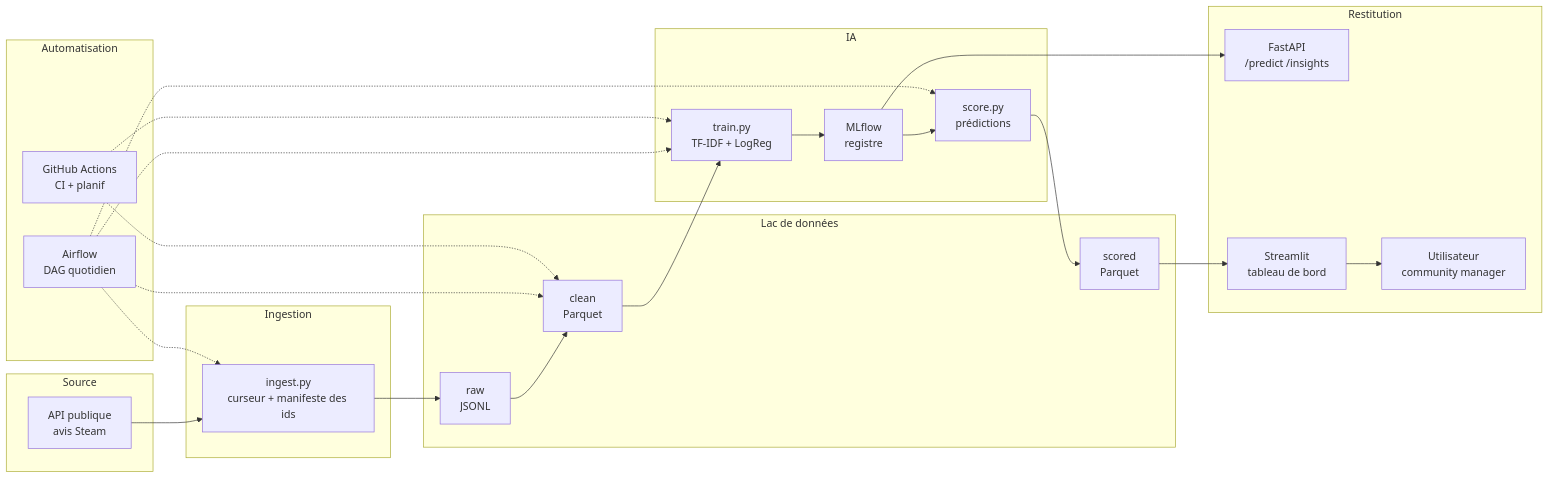
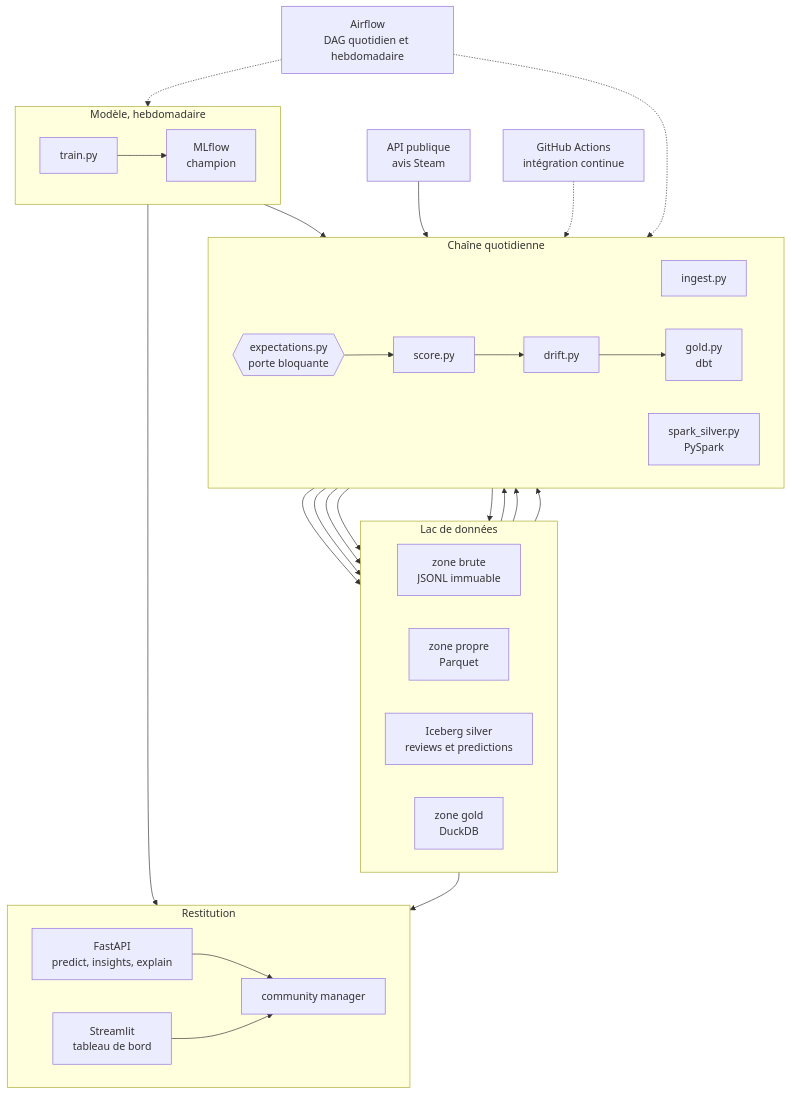
One commit to KinSushi/reviewpulse-pipeline changed the diagram in docs/diagrams/src/01_architecture_globale.mmd. Above: the diagram before and after it, drawn with Mermaid. The commit also changed 17 other files, not shown here.

First line of the commit message:
Schemas remis a niveau et rendu mecanise

```diff
--- a/docs/diagrams/src/01_architecture_globale.mmd
+++ b/docs/diagrams/src/01_architecture_globale.mmd
@@ -1,39 +1,51 @@
-%% diagramme ReviewPulse vue d'ensemble
-flowchart LR
-  subgraph SRC[Source]
-    S[API publique<br/>avis Steam]
-  end
-  subgraph ING[Ingestion]
-    I[ingest.py<br/>curseur + manifeste des ids]
-  end
-  subgraph LAKE[Lac de données]
-    R[raw<br/>JSONL]
-    C[clean<br/>Parquet]
-    SCZ[scored<br/>Parquet]
-  end
-  subgraph IA[IA]
-    M[train.py<br/>TF-IDF + LogReg]
-    MF[MLflow<br/>registre]
-    SC["score.py<br/>prédictions"]
-  end
-  subgraph REST[Restitution]
-    API["FastAPI<br/>/predict /insights"]
-    D["Streamlit<br/>tableau de bord"]
-    U[Utilisateur<br/>community manager]
-  end
-  subgraph AUTO[Automatisation]
-    AF["Airflow<br/>DAG quotidien"]
-    GH["GitHub Actions<br/>CI + planif"]
+%% ReviewPulse — vue d'ensemble. Sources : dags/reviewpulse_daily.py, src/reviewpulse/*.py
+flowchart TB
+  S["API publique<br/>avis Steam"]
+
+  subgraph LAC["Lac de données"]
+    direction LR
+    R["zone brute<br/>JSONL immuable"]
+    C["zone propre<br/>Parquet"]
+    SIL["Iceberg silver<br/>reviews et predictions"]
+    G["zone gold<br/>DuckDB"]
   end
 
-  S --> I --> R --> C --> M --> MF --> SC --> SCZ
-  MF --> API
-  SCZ --> D
+  subgraph CHAINE["Chaîne quotidienne"]
+    direction LR
+    I["ingest.py"]
+    SP["spark_silver.py<br/>PySpark"]
+    GX{{"expectations.py<br/>porte bloquante"}}
+    SC["score.py"]
+    DR["drift.py"]
+    GO["gold.py<br/>dbt"]
+  end
+
+  subgraph MOD["Modèle, hebdomadaire"]
+    direction LR
+    T["train.py"]
+    MF["MLflow<br/>champion"]
+  end
+
+  subgraph REST["Restitution"]
+    direction LR
+    A["FastAPI<br/>predict, insights, explain"]
+    D["Streamlit<br/>tableau de bord"]
+    U["community manager"]
+  end
+
+  AF["Airflow<br/>DAG quotidien et hebdomadaire"]
+  GH["GitHub Actions<br/>intégration continue"]
+
+  S --> I --> R --> SP --> C --> GX --> SC --> DR --> GO --> G
+  SP --> SIL
+  SC --> SIL
+  SIL --> GO
+  T --> MF --> SC
+  MF --> A
+  G --> D
+  A --> U
   D --> U
 
-  AF -.-> I
-  AF -.-> C
-  AF -.-> SC
-  AF -.-> M
-  GH -.-> C
-  GH -.-> M
+  AF -.-> CHAINE
+  AF -.-> MOD
+  GH -.-> CHAINE
```
